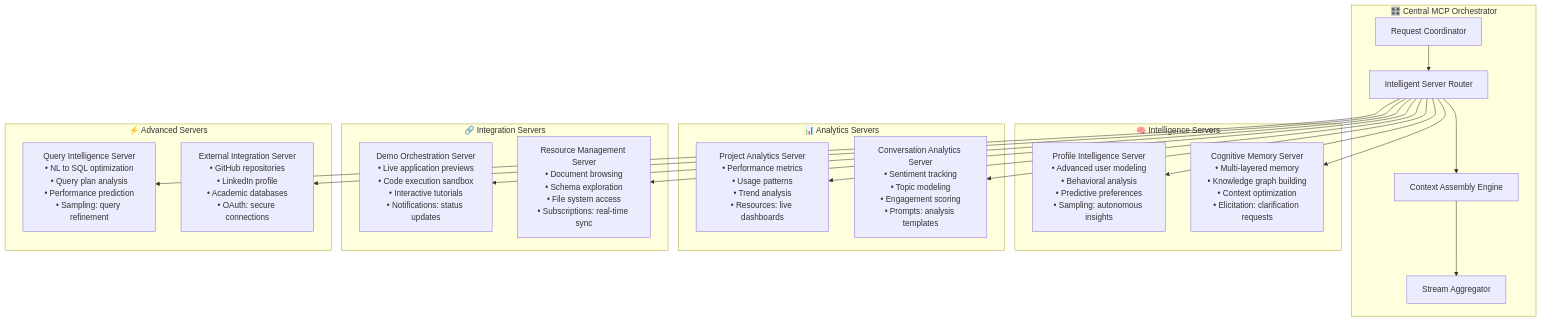
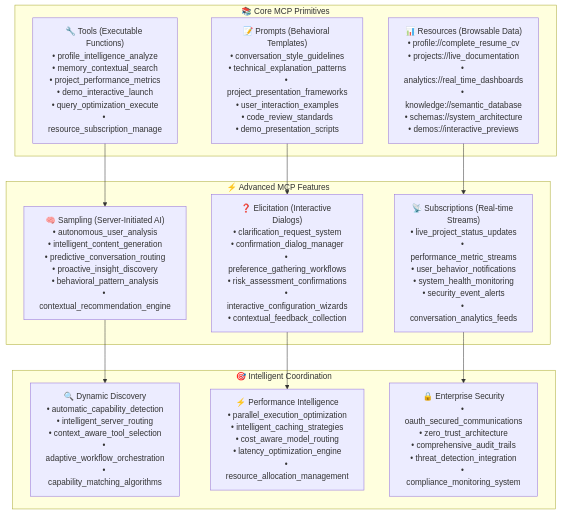
The fourth of 13 diagrams in README.md (LSG-hub/Project-001), drawn with Mermaid before and after one commit. The commit also changed other lines of this file, not shown here.

````diff
--- a/README.md
+++ b/README.md
@@ -258,42 +335,33 @@
 ```mermaid
 graph TB
-    subgraph Central["🎛️ Central MCP Orchestrator"]
-        Coordinator[Request Coordinator]
-        Router[Intelligent Server Router]
-        Context[Context Assembly Engine]
-        Stream[Stream Aggregator]
+    subgraph "📚 Core MCP Primitives"
+        Tools["🔧 Tools (Executable Functions)<br/>• profile_intelligence_analyze<br/>• memory_contextual_search<br/>• project_performance_metrics<br/>• demo_interactive_launch<br/>• query_optimization_execute<br/>• resource_subscription_manage"]
+        
+        Resources["📊 Resources (Browsable Data)<br/>• profile://complete_resume_cv<br/>• projects://live_documentation<br/>• analytics://real_time_dashboards<br/>• knowledge://semantic_database<br/>• schemas://system_architecture<br/>• demos://interactive_previews"]
+        
+        Prompts["📝 Prompts (Behavioral Templates)<br/>• conversation_style_guidelines<br/>• technical_explanation_patterns<br/>• project_presentation_frameworks<br/>• user_interaction_examples<br/>• code_review_standards<br/>• demo_presentation_scripts"]
     end
     
-    subgraph Intelligence["🧠 Intelligence Servers"]
-        ProfileIntel["Profile Intelligence Server<br/>• Advanced user modeling<br/>• Behavioral analysis<br/>• Predictive preferences<br/>• Sampling: autonomous insights"]
-        MemoryIntel["Cognitive Memory Server<br/>• Multi-layered memory<br/>• Knowledge graph building<br/>• Context optimization<br/>• Elicitation: clarification requests"]
+    subgraph "⚡ Advanced MCP Features"
+        Sampling["🧠 Sampling (Server-Initiated AI)<br/>• autonomous_user_analysis<br/>• intelligent_content_generation<br/>• predictive_conversation_routing<br/>• proactive_insight_discovery<br/>• behavioral_pattern_analysis<br/>• contextual_recommendation_engine"]
+        
+        Elicitation["❓ Elicitation (Interactive Dialogs)<br/>• clarification_request_system<br/>• confirmation_dialog_manager<br/>• preference_gathering_workflows<br/>• risk_assessment_confirmations<br/>• interactive_configuration_wizards<br/>• contextual_feedback_collection"]
+        
+        Subscriptions["📡 Subscriptions (Real-time Streams)<br/>• live_project_status_updates<br/>• performance_metric_streams<br/>• user_behavior_notifications<br/>• system_health_monitoring<br/>• security_event_alerts<br/>• conversation_analytics_feeds"]
     end
     
-    subgraph Analytics["📊 Analytics Servers"]
-        ProjectAnalytics["Project Analytics Server<br/>• Performance metrics<br/>• Usage patterns<br/>• Trend analysis<br/>• Resources: live dashboards"]
-        ConversationAnalytics["Conversation Analytics Server<br/>• Sentiment tracking<br/>• Topic modeling<br/>• Engagement scoring<br/>• Prompts: analysis templates"]
+    subgraph "🎯 Intelligent Coordination"
+        Discovery["🔍 Dynamic Discovery<br/>• automatic_capability_detection<br/>• intelligent_server_routing<br/>• context_aware_tool_selection<br/>• adaptive_workflow_orchestration<br/>• capability_matching_algorithms"]
+        
+        Optimization["⚡ Performance Intelligence<br/>• parallel_execution_optimization<br/>• intelligent_caching_strategies<br/>• cost_aware_model_routing<br/>• latency_optimization_engine<br/>• resource_allocation_management"]
+        
+        Security["🔒 Enterprise Security<br/>• oauth_secured_communications<br/>• zero_trust_architecture<br/>• comprehensive_audit_trails<br/>• threat_detection_integration<br/>• compliance_monitoring_system"]
     end
     
-    subgraph Integration["🔗 Integration Servers"]
-        DemoOrchestrator["Demo Orchestration Server<br/>• Live application previews<br/>• Code execution sandbox<br/>• Interactive tutorials<br/>• Notifications: status updates"]
-        ResourceManager["Resource Management Server<br/>• Document browsing<br/>• Schema exploration<br/>• File system access<br/>• Subscriptions: real-time sync"]
-    end
-    
-    subgraph Advanced["⚡ Advanced Servers"]
-        QueryIntelligence["Query Intelligence Server<br/>• NL to SQL optimization<br/>• Query plan analysis<br/>• Performance prediction<br/>• Sampling: query refinement"]
-        ExternalIntegration["External Integration Server<br/>• GitHub repositories<br/>• LinkedIn profile<br/>• Academic databases<br/>• OAuth: secure connections"]
-    end
-    
-    Coordinator --> Router
-    Router --> Context
-    Context --> Stream
-    
-    Router --> ProfileIntel
-    Router --> MemoryIntel
-    Router --> ProjectAnalytics
-    Router --> ConversationAnalytics
-    Router --> DemoOrchestrator
-    Router --> ResourceManager
-    Router --> QueryIntelligence
-    Router --> ExternalIntegration
+    Tools --> Sampling
+    Resources --> Subscriptions
+    Prompts --> Elicitation
+    Sampling --> Discovery
+    Elicitation --> Optimization
+    Subscriptions --> Security
 ```
````
